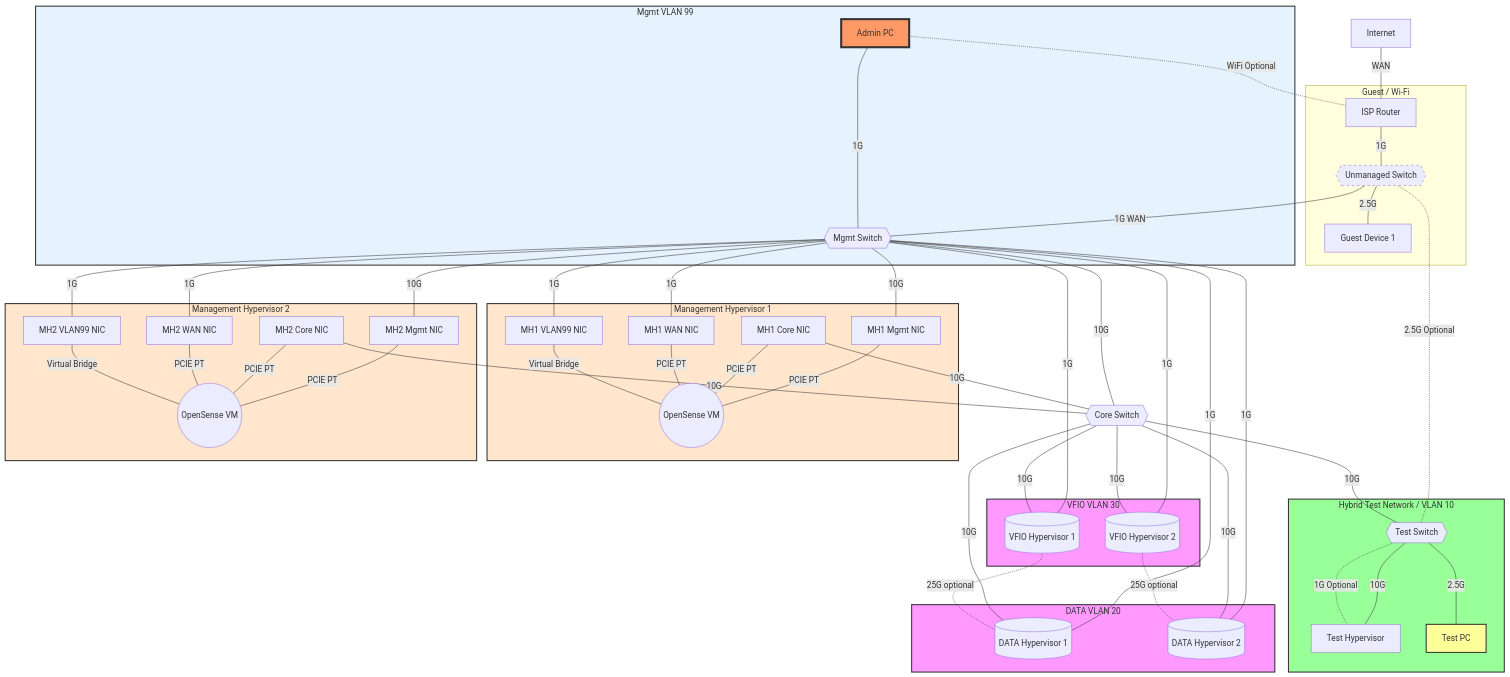
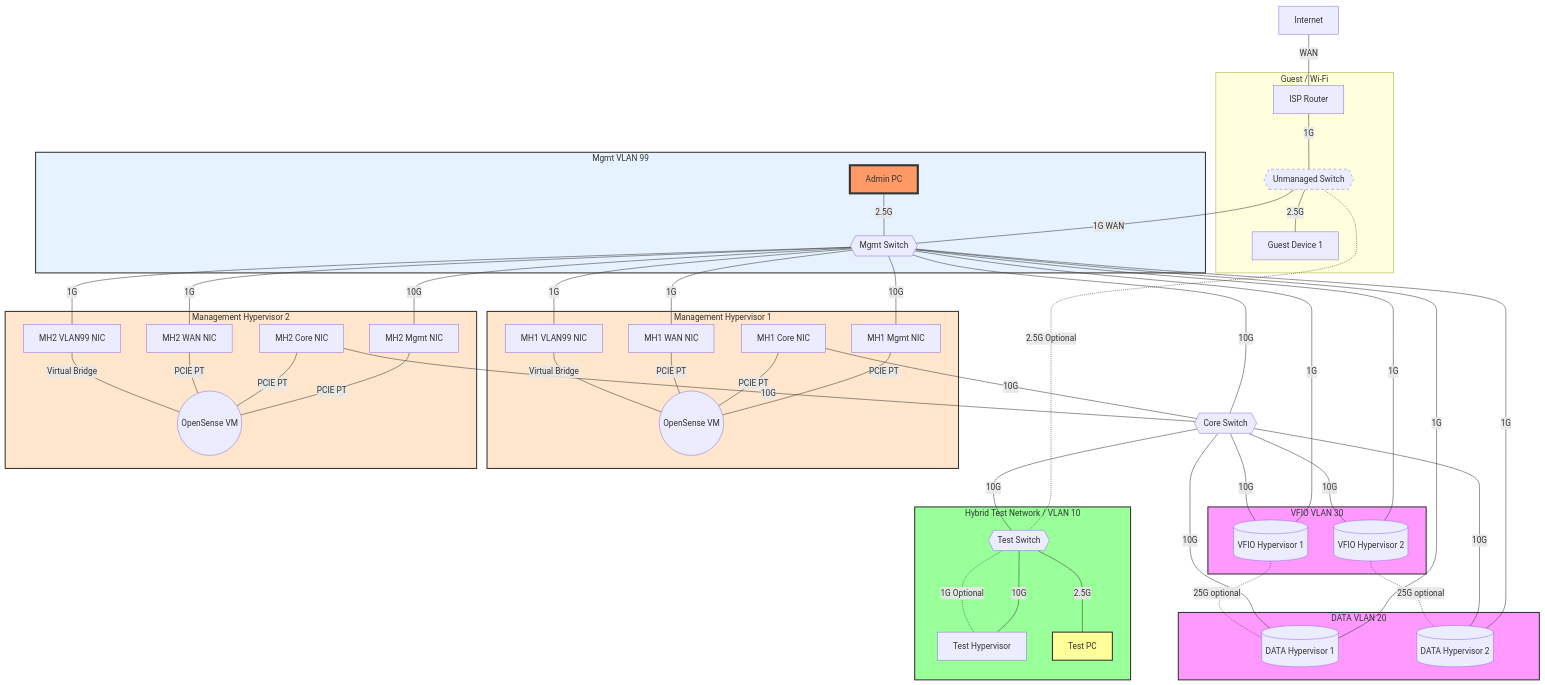
The diagram in alp/netop5.md (woeiru/lab), drawn with Mermaid before and after one commit.

```diff
--- a/alp/netop5.md
+++ b/alp/netop5.md
@@ -8,6 +8,7 @@
     US ---|1G WAN| MS{{Mgmt Switch}}
     US -.-|"2.5G Optional"| TS{{Test Switch}}
 
+    AP ---|"2.5G"| MS
     MS ---|"10G"| MH1NIC1[MH1 Mgmt NIC]
     MS ---|"10G"| MH2NIC1[MH2 Mgmt NIC]
     MS ---|"1G"| MH1NIC3[MH1 WAN NIC]
@@ -68,9 +69,6 @@
         US
     end
 
-    AP ---|"1G"| MS
-    AP -.-|"WiFi Optional"| ISPR
-
     classDef vlan fill:#f9f,stroke:#333,stroke-width:2px;
     class VLAN20,VLAN30 vlan;
     classDef vlan99 fill:#e6f3ff,stroke:#333,stroke-width:2px;
```
